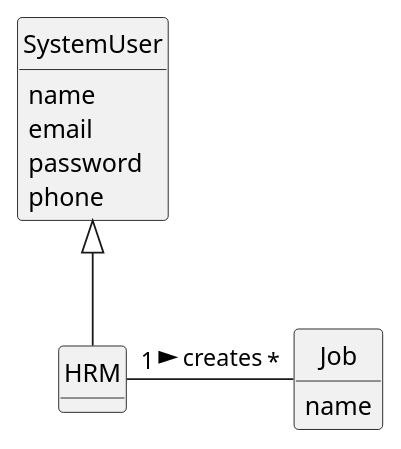
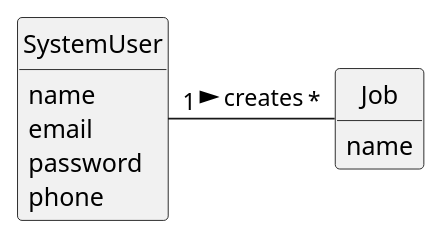
The diagram in docs/sprintB/us002/02.analysis/puml/us002-domain-model.puml (Departamento-de-Engenharia-Informatica/lei-24-s2-1do-g164), drawn with PlantUML before and after one commit. The commit also changed 9 other files, not shown here.

```diff
--- a/docs/sprintB/us002/02.analysis/puml/us002-domain-model.puml
+++ b/docs/sprintB/us002/02.analysis/puml/us002-domain-model.puml
@@ -1,34 +1,29 @@
 @startuml
 skinparam monochrome true
 skinparam packageStyle rectangle
 skinparam shadowing false
 
 'left to right direction
 
 skinparam classAttributeIconSize 0
 
 hide circle
 hide methods
 
 
 class SystemUser {
     name
     email
     password
     phone
 
 }
 class Job
  {
    name
 }
 
 
-class HRM{
 
-}
-
-
-HRM "1" - "*" Job: creates  >
-SystemUser <|-- HRM
+SystemUser "1" - "*" Job: creates  >
 @enduml
```
